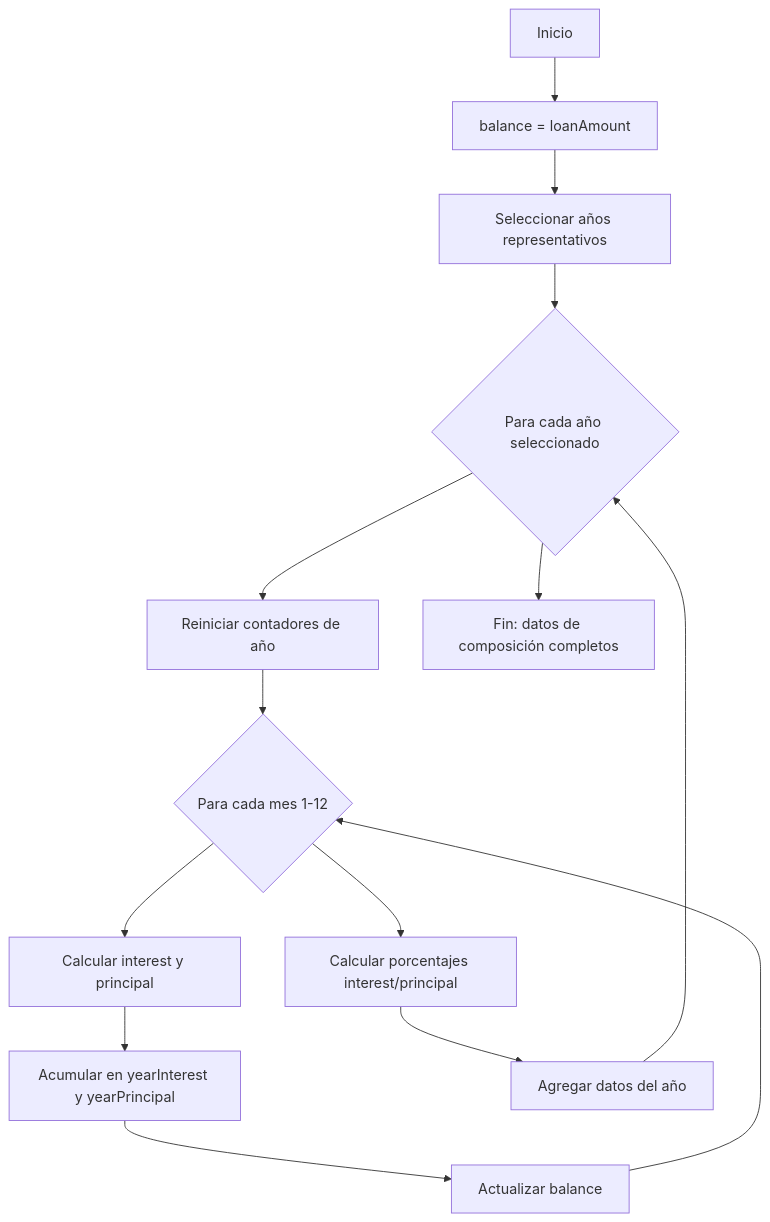
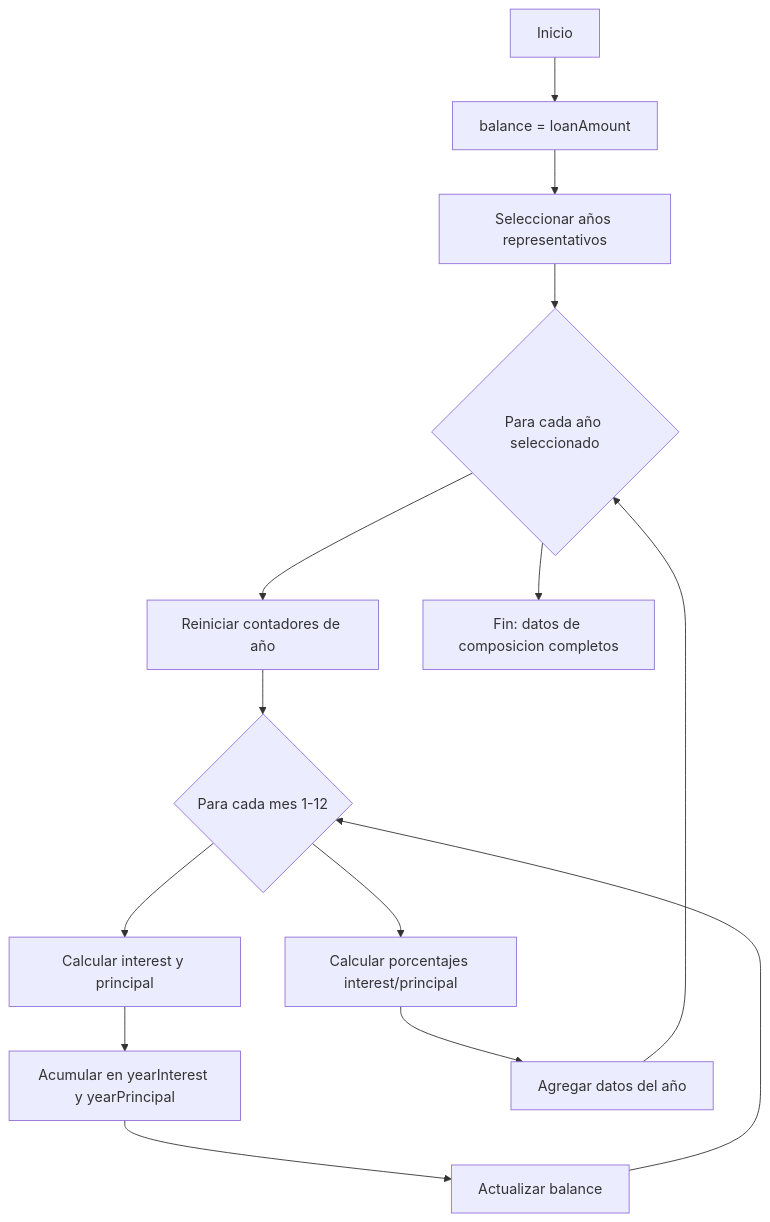
Diagram 11 of 14 in formulas/README.md (santiagoblanco22/calculator_dayana), drawn with Mermaid before and after one commit. The commit also changed other lines of this file and 3 other files, not shown here.

````diff
--- a/formulas/README.md
+++ b/formulas/README.md
@@ -339,16 +339,16 @@
 ```mermaid
 flowchart TD
     A[Inicio] --> B[balance = loanAmount]
     B --> C[Seleccionar años representativos]
     C --> D{Para cada año seleccionado}
     D --> E[Reiniciar contadores de año]
     E --> F{Para cada mes 1-12}
     F --> G[Calcular interest y principal]
     G --> H[Acumular en yearInterest y yearPrincipal]
     H --> I[Actualizar balance]
     I --> F
     F --> J[Calcular porcentajes interest/principal]
     J --> K[Agregar datos del año]
     K --> D
-    D --> L[Fin: datos de composición completos]
+    D --> L[Fin: datos de composicion completos]
 ```
````
